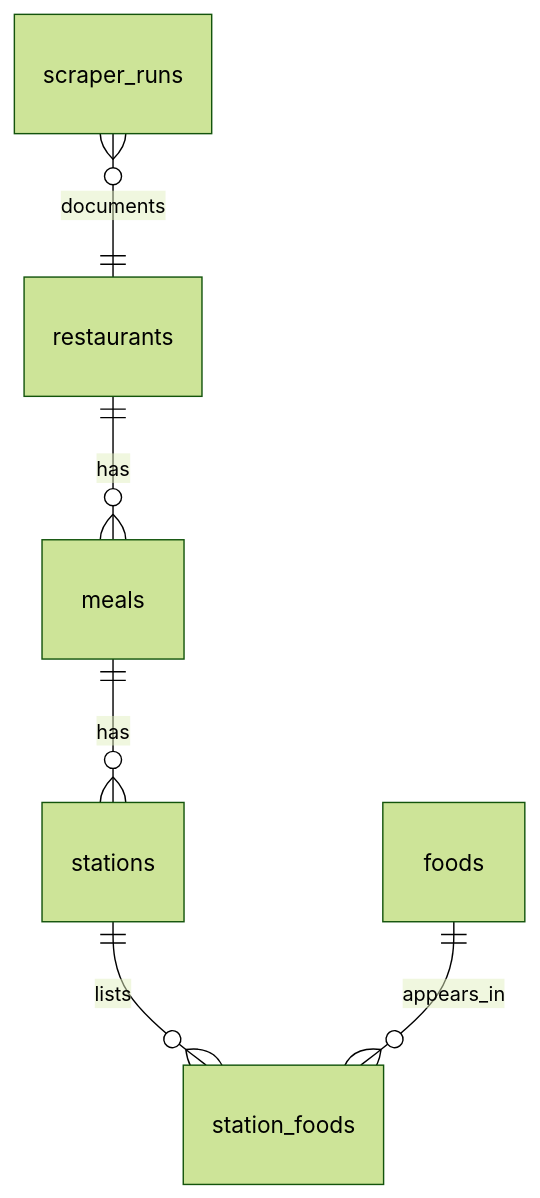
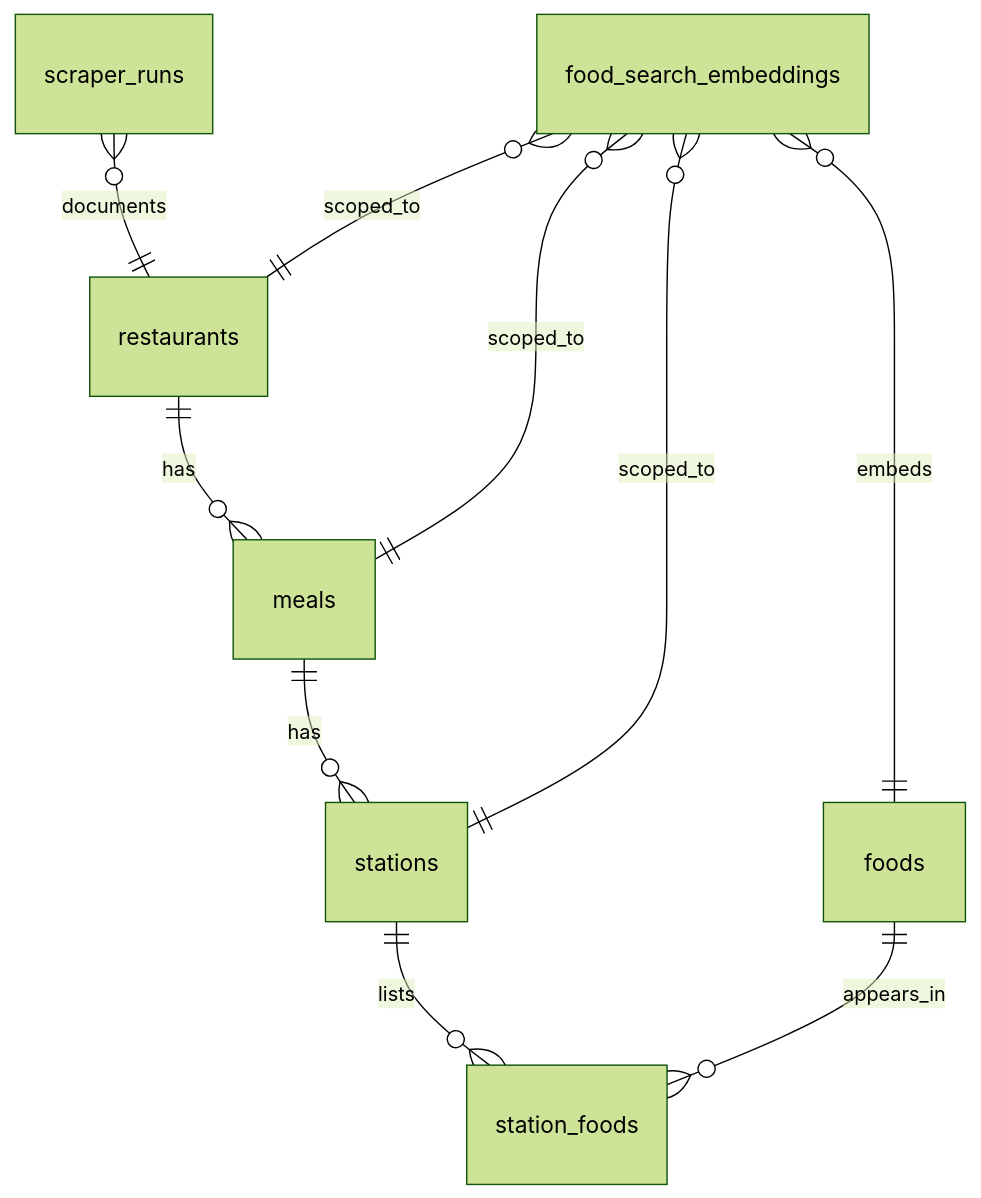
Before and after one commit to ChaddBrenner/ElonMealsDB: the second of 2 diagrams in docs/architecture.md, drawn with Mermaid (forest theme). The commit also changed other lines of this file and 41 other files, not shown here.

````diff
--- a/docs/architecture.md
+++ b/docs/architecture.md
@@ -18,8 +20,12 @@
 ```mermaid
 erDiagram
   restaurants ||--o{ meals : has
   meals ||--o{ stations : has
   stations ||--o{ station_foods : lists
   foods ||--o{ station_foods : appears_in
+  food_search_embeddings }o--|| restaurants : scoped_to
+  food_search_embeddings }o--|| meals : scoped_to
+  food_search_embeddings }o--|| stations : scoped_to
+  food_search_embeddings }o--|| foods : embeds
   scraper_runs }o--|| restaurants : documents
 ```
````
